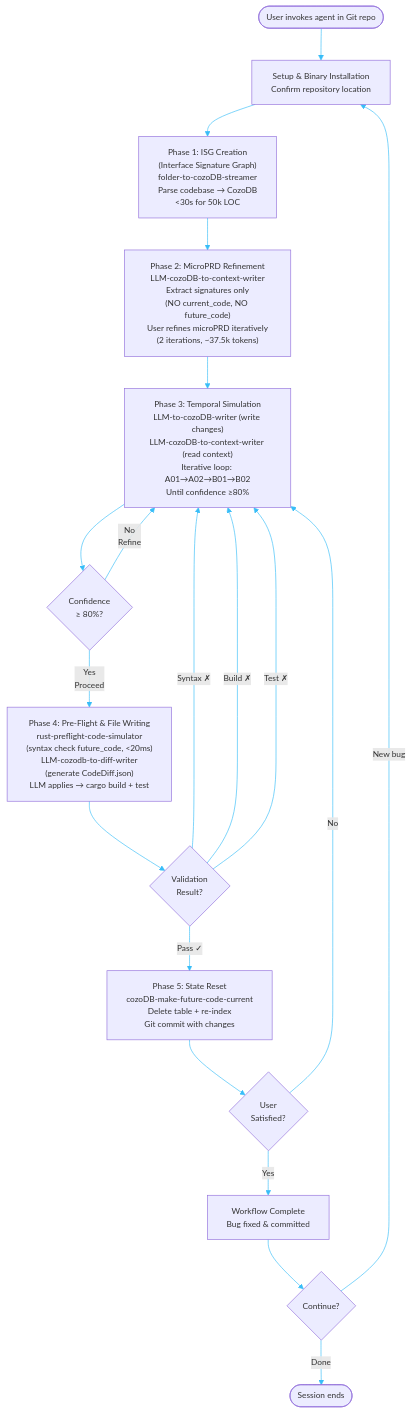
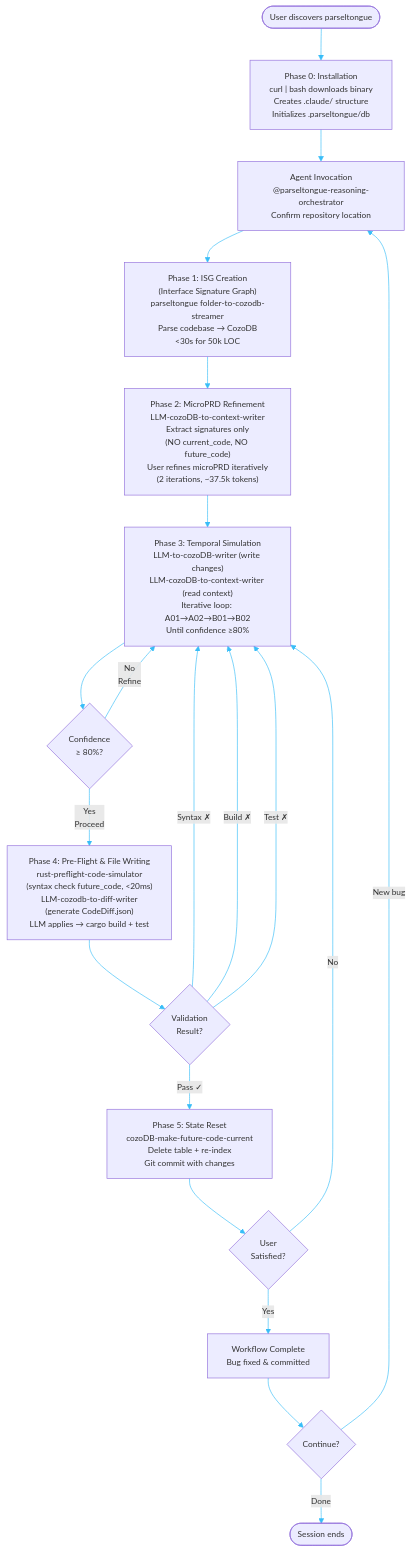
One commit to that-in-rust/parseltongue changed the first of 2 diagrams in .prdArchDocs/P00.md. Above: the diagram before and after it, drawn with Mermaid. The commit also changed other lines of this file, not shown here.

First line of the commit message:
docs(P00): integrate installation as Phase 0 in Level 1 and Level 3 diagrams

````diff
--- a/.prdArchDocs/P00.md
+++ b/.prdArchDocs/P00.md
@@ -13,48 +13,50 @@
 ```mermaid
 ---
 config:
   flowchart:
     defaultRenderer: "dagre"
   themeVariables:
     primaryColor: "#f0f9ff"
     primaryTextColor: "#0c4a6e"
     primaryBorderColor: "#0ea5e9"
     lineColor: "#38bdf8"
     secondaryColor: "#f0fdf4"
     tertiaryColor: "#fefce8"
     quaternaryColor: "#fff7ed"
     background: "#ffffff"
     fontFamily: "Arial, sans-serif"
     fontSize: "13px"
 ---
 flowchart TD
-    Start([User invokes agent in Git repo]) --> Setup["Setup & Binary Installation<br/>Confirm repository location"]
+    Start([User discovers parseltongue]) --> Phase0["Phase 0: Installation<br/>curl | bash downloads binary<br/>Creates .claude/ structure<br/>Initializes .parseltongue/db"]
 
-    Setup --> Phase1["Phase 1: ISG Creation<br/>(Interface Signature Graph)<br/>folder-to-cozoDB-streamer<br/>Parse codebase → CozoDB<br/><30s for 50k LOC"]
+    Phase0 --> Setup["Agent Invocation<br/>@parseltongue-reasoning-orchestrator<br/>Confirm repository location"]
+
+    Setup --> Phase1["Phase 1: ISG Creation<br/>(Interface Signature Graph)<br/>parseltongue folder-to-cozodb-streamer<br/>Parse codebase → CozoDB<br/><30s for 50k LOC"]
 
     Phase1 --> Phase2["Phase 2: MicroPRD Refinement<br/>LLM-cozoDB-to-context-writer<br/>Extract signatures only<br/>(NO current_code, NO future_code)<br/>User refines microPRD iteratively<br/>(2 iterations, ~37.5k tokens)"]
 
     Phase2 --> Phase3["Phase 3: Temporal Simulation<br/>LLM-to-cozoDB-writer (write changes)<br/>LLM-cozoDB-to-context-writer (read context)<br/>Iterative loop: A01→A02→B01→B02<br/>Until confidence ≥80%"]
 
     Phase3 --> ConfidenceGate{Confidence<br/>≥ 80%?}
     ConfidenceGate --> |"No<br/>Refine"| Phase3
     ConfidenceGate --> |"Yes<br/>Proceed"| Phase4
 
     Phase4["Phase 4: Pre-Flight & File Writing<br/>rust-preflight-code-simulator<br/>(syntax check future_code, <20ms)<br/>LLM-cozodb-to-diff-writer<br/>(generate CodeDiff.json)<br/>LLM applies → cargo build + test"]
 
     Phase4 --> ValidationGate{Validation<br/>Result?}
     ValidationGate --> |"Syntax ✗"| Phase3
     ValidationGate --> |"Build ✗"| Phase3
     ValidationGate --> |"Test ✗"| Phase3
     ValidationGate --> |"Pass ✓"| Phase5
 
     Phase5["Phase 5: State Reset<br/>cozoDB-make-future-code-current<br/>Delete table + re-index<br/>Git commit with changes"]
 
     Phase5 --> UserSatisfied{User<br/>Satisfied?}
     UserSatisfied --> |"No"| Phase3
     UserSatisfied --> |"Yes"| Complete["Workflow Complete<br/>Bug fixed & committed"]
 
     Complete --> NextAction{Continue?}
     NextAction --> |"New bug"| Setup
     NextAction --> |"Done"| End([Session ends])
 ```
````
